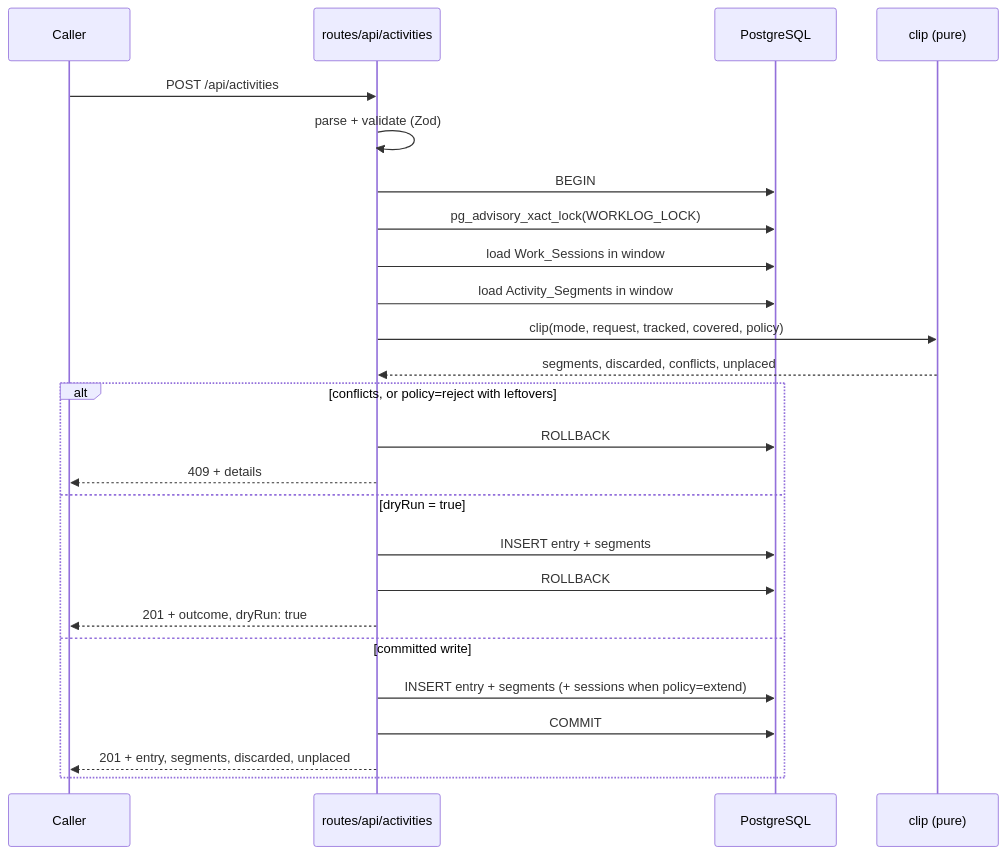
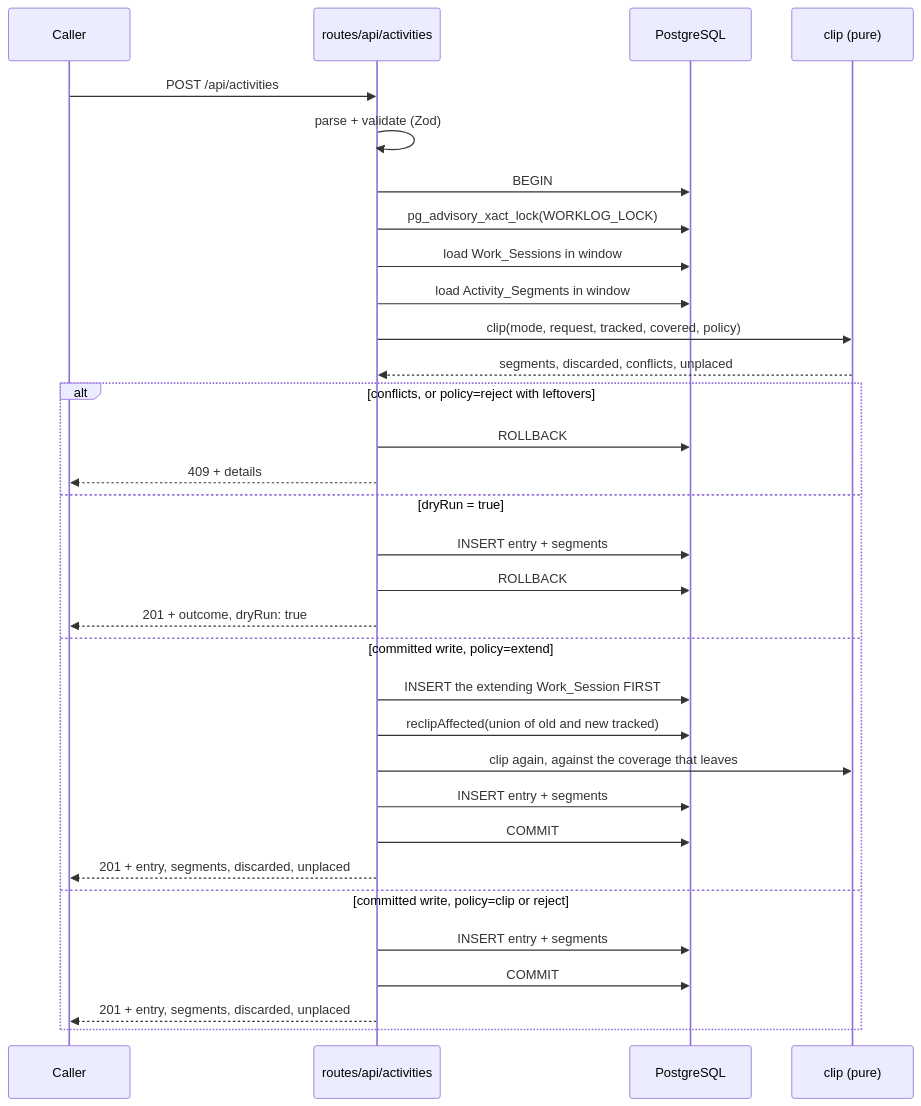
The second of 5 diagrams in .kiro/specs/001-worklog-domain-api/design.md (mjablecnik/WorkLog), drawn with Mermaid before and after one commit. The commit also changed other lines of this file and 8 other files, not shown here.

````diff
--- a/.kiro/specs/001-worklog-domain-api/design.md
+++ b/.kiro/specs/001-worklog-domain-api/design.md
@@ -53,28 +53,35 @@
 ```mermaid
 sequenceDiagram
     participant C as Caller
     participant R as routes/api/activities
     participant DB as PostgreSQL
     participant CL as clip (pure)
 
     C->>R: POST /api/activities
     R->>R: parse + validate (Zod)
     R->>DB: BEGIN
     R->>DB: pg_advisory_xact_lock(WORKLOG_LOCK)
     R->>DB: load Work_Sessions in window
     R->>DB: load Activity_Segments in window
     R->>CL: clip(mode, request, tracked, covered, policy)
     CL-->>R: segments, discarded, conflicts, unplaced
     alt conflicts, or policy=reject with leftovers
         R->>DB: ROLLBACK
         R-->>C: 409 + details
     else dryRun = true
         R->>DB: INSERT entry + segments
         R->>DB: ROLLBACK
         R-->>C: 201 + outcome, dryRun: true
-    else committed write
-        R->>DB: INSERT entry + segments (+ sessions when policy=extend)
+    else committed write, policy=extend
+        R->>DB: INSERT the extending Work_Session FIRST
+        R->>DB: reclipAffected(union of old and new tracked)
+        R->>CL: clip again, against the coverage that leaves
+        R->>DB: INSERT entry + segments
+        R->>DB: COMMIT
+        R-->>C: 201 + entry, segments, discarded, unplaced
+    else committed write, policy=clip or reject
+        R->>DB: INSERT entry + segments
         R->>DB: COMMIT
         R-->>C: 201 + entry, segments, discarded, unplaced
     end
 ```
````
